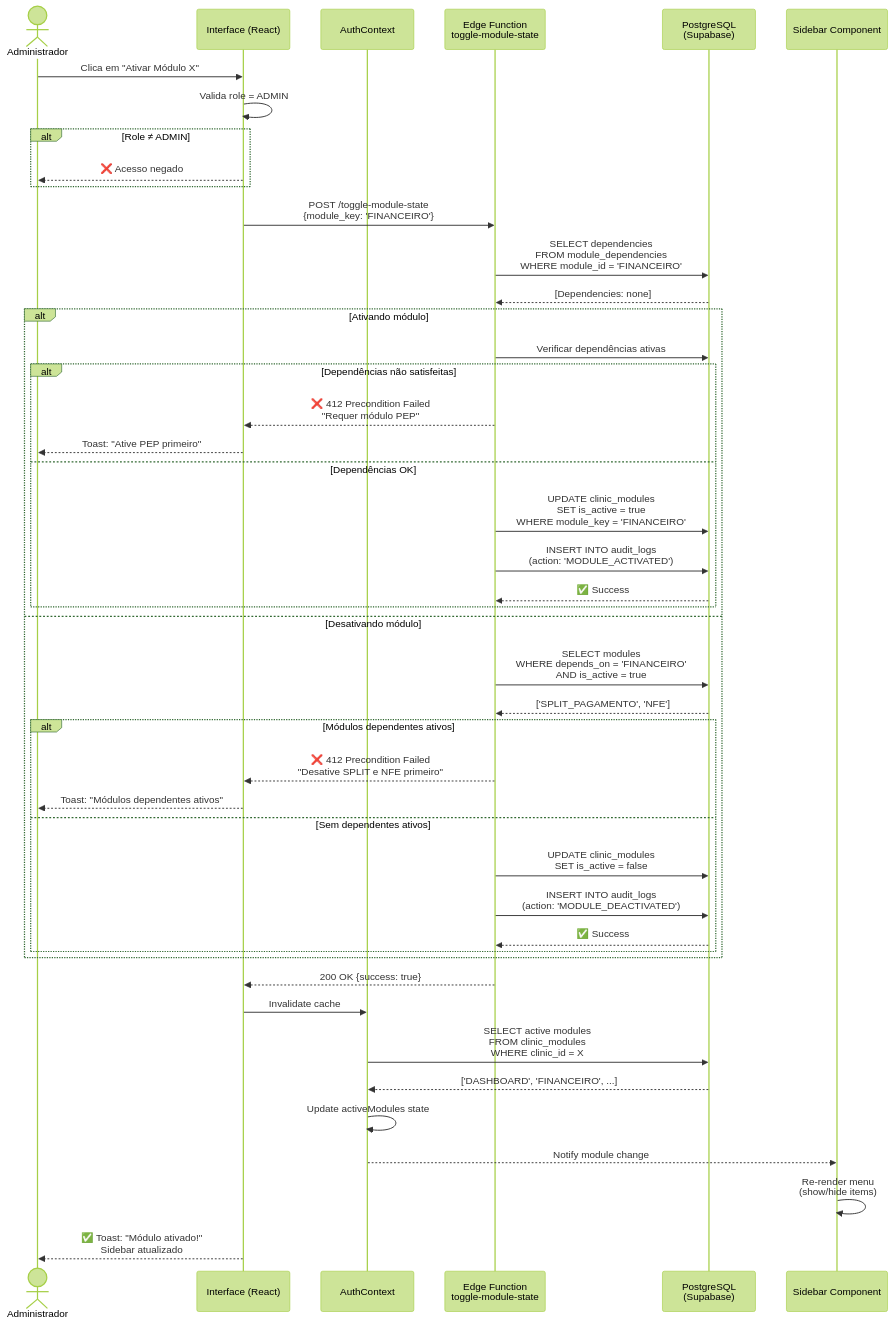
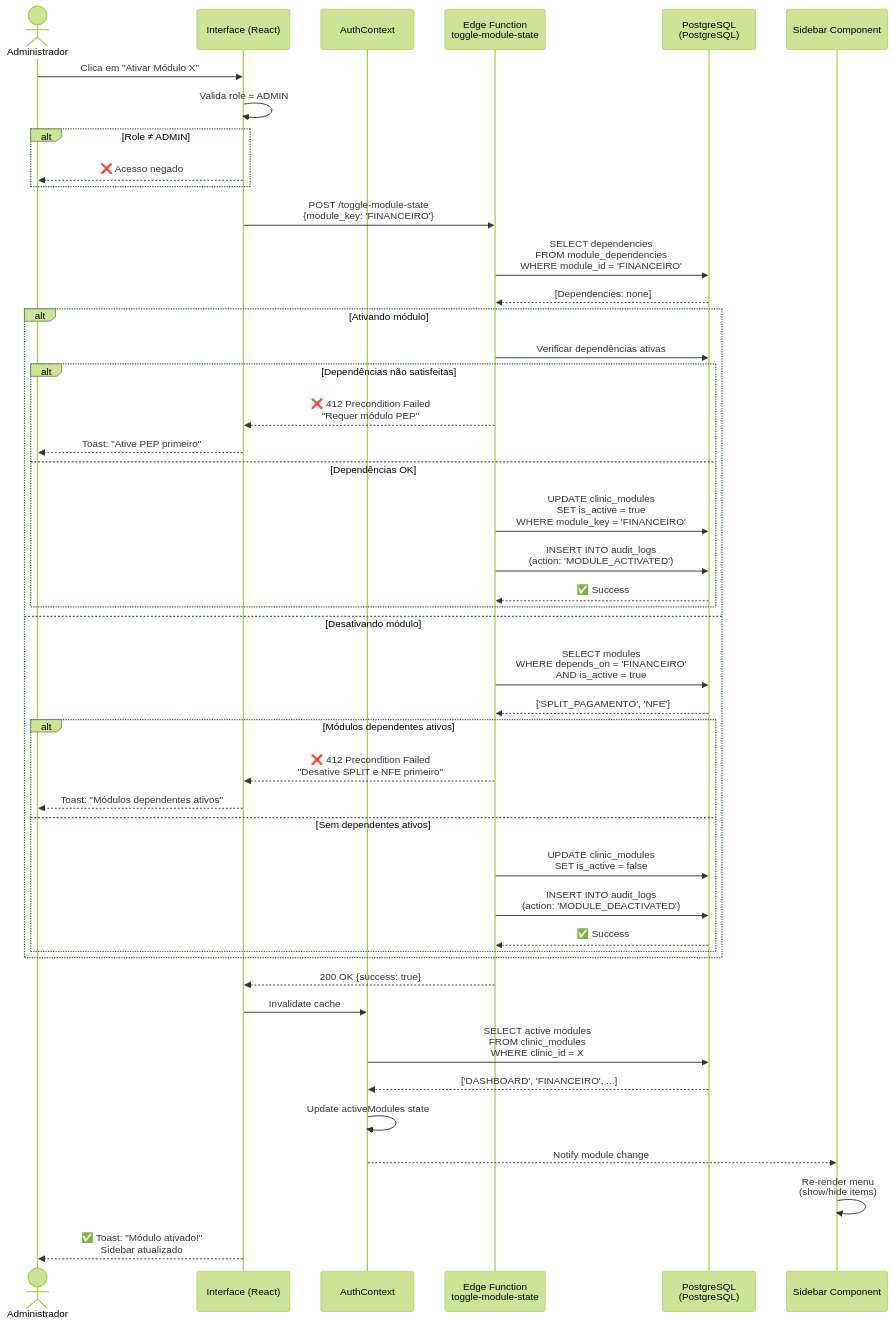
One commit to B0yZ4kr14/ortho-plus-modules-07b53a29 changed the first of 7 diagrams in docs/DIAGRAMAS/05-FLUXO-MODULOS.md. Above: the diagram before and after it, drawn with Mermaid (forest theme). The commit also changed other lines of this file and 112 other files, not shown here.

First line of the commit message:
docs: add migration guides, architecture docs, and validation reports

````diff
--- a/docs/DIAGRAMAS/05-FLUXO-MODULOS.md
+++ b/docs/DIAGRAMAS/05-FLUXO-MODULOS.md
@@ -16,59 +16,59 @@
 ```mermaid
 sequenceDiagram
     actor Admin as Administrador
     participant UI as Interface (React)
     participant Auth as AuthContext
     participant Edge as Edge Function<br/>toggle-module-state
-    participant DB as PostgreSQL<br/>(Supabase)
+    participant DB as PostgreSQL<br/>(PostgreSQL)
     participant Sidebar as Sidebar Component
 
     Admin->>UI: Clica em "Ativar Módulo X"
     UI->>UI: Valida role = ADMIN
     
     alt Role ≠ ADMIN
         UI-->>Admin: ❌ Acesso negado
     end
 
     UI->>Edge: POST /toggle-module-state<br/>{module_key: 'FINANCEIRO'}
     
     Edge->>DB: SELECT dependencies<br/>FROM module_dependencies<br/>WHERE module_id = 'FINANCEIRO'
     DB-->>Edge: [Dependencies: none]
     
     alt Ativando módulo
         Edge->>DB: Verificar dependências ativas
         
         alt Dependências não satisfeitas
             Edge-->>UI: ❌ 412 Precondition Failed<br/>"Requer módulo PEP"
             UI-->>Admin: Toast: "Ative PEP primeiro"
         else Dependências OK
             Edge->>DB: UPDATE clinic_modules<br/>SET is_active = true<br/>WHERE module_key = 'FINANCEIRO'
             Edge->>DB: INSERT INTO audit_logs<br/>(action: 'MODULE_ACTIVATED')
             DB-->>Edge: ✅ Success
         end
     else Desativando módulo
         Edge->>DB: SELECT modules<br/>WHERE depends_on = 'FINANCEIRO'<br/>AND is_active = true
         DB-->>Edge: ['SPLIT_PAGAMENTO', 'NFE']
         
         alt Módulos dependentes ativos
             Edge-->>UI: ❌ 412 Precondition Failed<br/>"Desative SPLIT e NFE primeiro"
             UI-->>Admin: Toast: "Módulos dependentes ativos"
         else Sem dependentes ativos
             Edge->>DB: UPDATE clinic_modules<br/>SET is_active = false
             Edge->>DB: INSERT INTO audit_logs<br/>(action: 'MODULE_DEACTIVATED')
             DB-->>Edge: ✅ Success
         end
     end
 
     Edge-->>UI: 200 OK {success: true}
     
     UI->>Auth: Invalidate cache
     Auth->>DB: SELECT active modules<br/>FROM clinic_modules<br/>WHERE clinic_id = X
     DB-->>Auth: ['DASHBOARD', 'FINANCEIRO', ...]
     
     Auth->>Auth: Update activeModules state
     Auth-->>Sidebar: Notify module change
     
     Sidebar->>Sidebar: Re-render menu<br/>(show/hide items)
     
     UI-->>Admin: ✅ Toast: "Módulo ativado!"<br/>Sidebar atualizado
 ```
````
